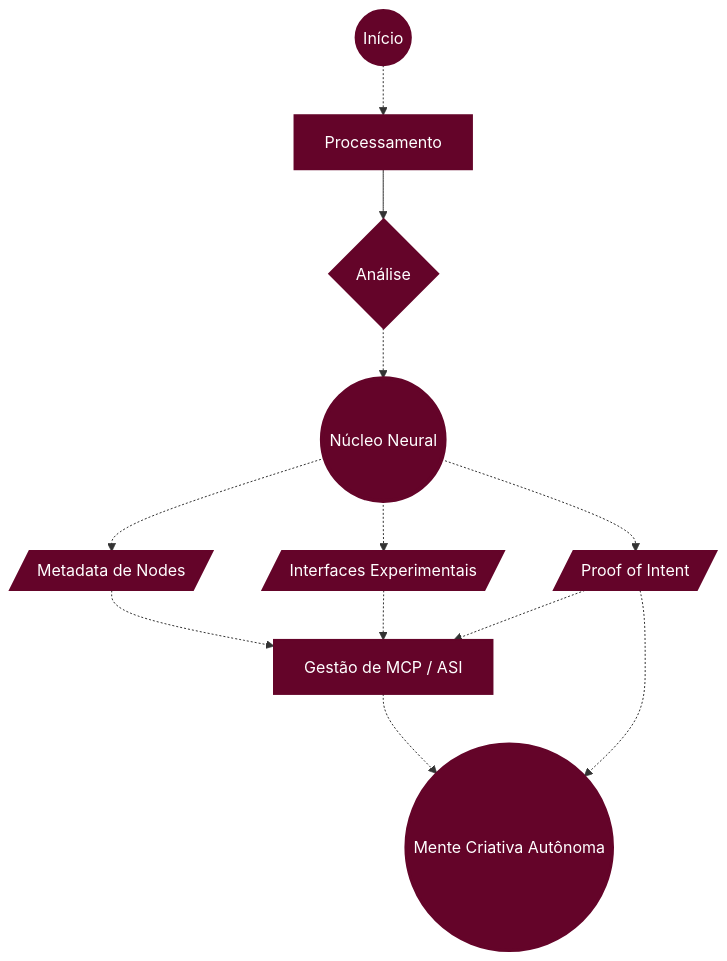
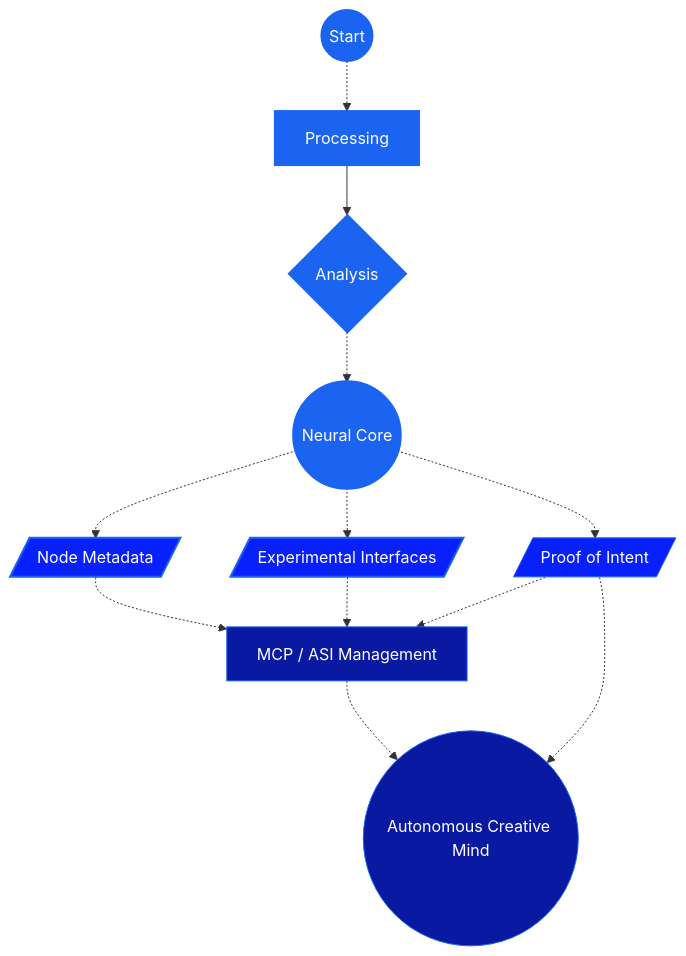
Before and after one commit to neomello/neomello: the first of 2 diagrams in README.md, drawn with Mermaid. The commit also changed other lines of this file, not shown here.

``````diff
--- a/README.md
+++ b/README.md
@@ -21,44 +32,37 @@
-`````mermaid
+```mermaid
 flowchart TB
-    Start((Início))
-    Proc[Processamento]
-    Analise{Análise}
-    Nucleo((Núcleo Neural))
-    Metadata[/Metadata de Nodes/]
-    Interfaces[/Interfaces Experimentais/]
+    Start((Start))
+    Proc[Processing]
+    Analise{Analysis}
+    Nucleo((Neural Core))
+    Metadata[/Node Metadata/]
+    Interfaces[/Experimental Interfaces/]
     Proof[/Proof of Intent/]
-    Gestao[Gestão de MCP / ASI]
-    Mente((Mente Criativa Autônoma))
+    Gestao[MCP / ASI Management]
+    Mente((Autonomous Creative Mind))
     
     Start -.-> Proc
     Proc --> Analise
     Analise -.-> Nucleo
     
     Nucleo -.-> Metadata
     Nucleo -.-> Interfaces
     Nucleo -.-> Proof
     
     Metadata -.-> Gestao
     Interfaces -.-> Gestao
     Proof -.-> Gestao
     
     Gestao -.-> Mente
     Proof -.-> Mente
     
-    %% Monocromia NEØ
-    style Start fill:#640429,stroke:#640429,stroke-width:2px,color:#fff
-    style Proc fill:#640429,stroke:#640429,stroke-width:2px,color:#fff
-    style Analise fill:#640429,stroke:#640429,stroke-width:2px,color:#fff
-    
-    %% Núcleo com peso maior
-    style Nucleo fill:#640429,stroke:#640429,stroke-width:4px,color:#fff
-    
-    %% Camadas funcionais
-    style Metadata fill:#640429,stroke:#640429,stroke-width:2px,color:#fff
-    style Interfaces fill:#640429,stroke:#640429,stroke-width:2px,color:#fff
-    style Proof fill:#640429,stroke:#640429,stroke-width:2px,color:#fff
-    style Gestao fill:#640429,stroke:#640429,stroke-width:2px,color:#fff
-    
-    %% Saída cognitiva
-    style Mente fill:#640429,stroke:#640429,stroke-width:3px,color:#fff
-`````
+    style Start fill:#1b64f1,stroke:#1b64f1,stroke-width:2px,color:#fff
+    style Proc fill:#1b64f1,stroke:#1b64f1,stroke-width:2px,color:#fff
+    style Analise fill:#1b64f1,stroke:#1b64f1,stroke-width:2px,color:#fff
+    style Nucleo fill:#1b64f1,stroke:#1b64f1,stroke-width:4px,color:#fff
+    style Metadata fill:#0820fc,stroke:#1b64f1,stroke-width:2px,color:#fff
+    style Interfaces fill:#0820fc,stroke:#1b64f1,stroke-width:2px,color:#fff
+    style Proof fill:#0820fc,stroke:#1b64f1,stroke-width:1px,color:#fff
+    style Gestao fill:#0a19a2,stroke:#1b64f1,stroke-width:1px,color:#fff
+    style Mente fill:#0a19a2,stroke:#1b64f1,stroke-width:1px,color:#fff
+````
``````
